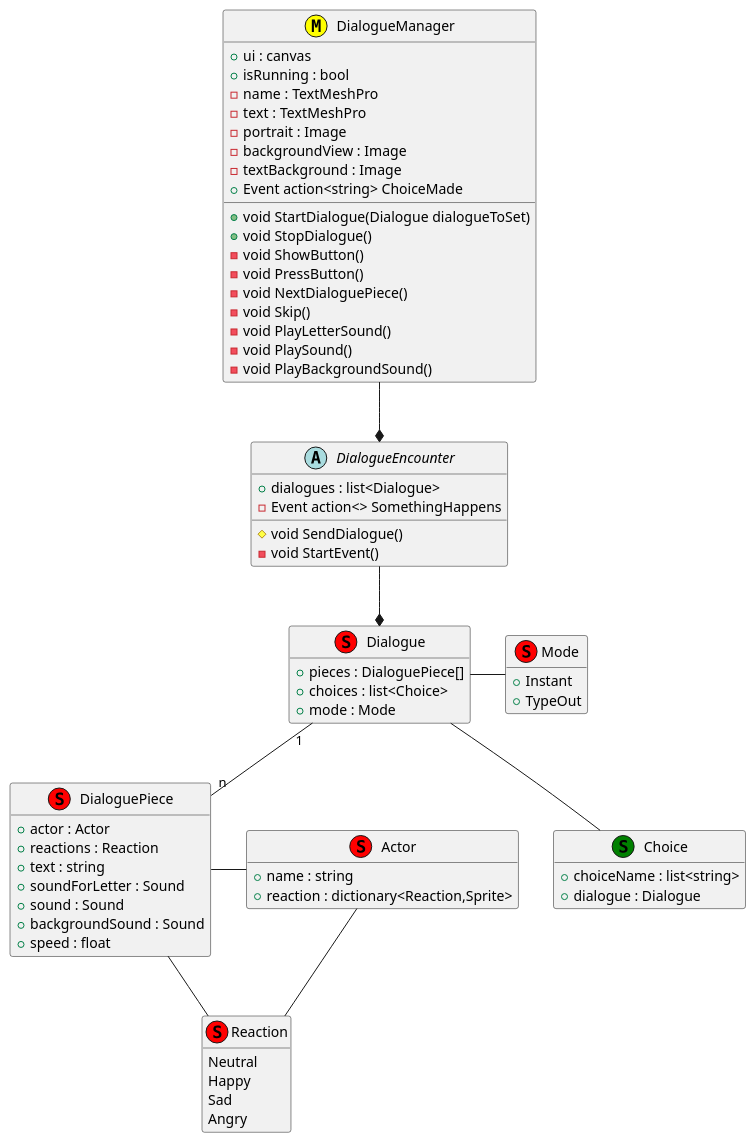
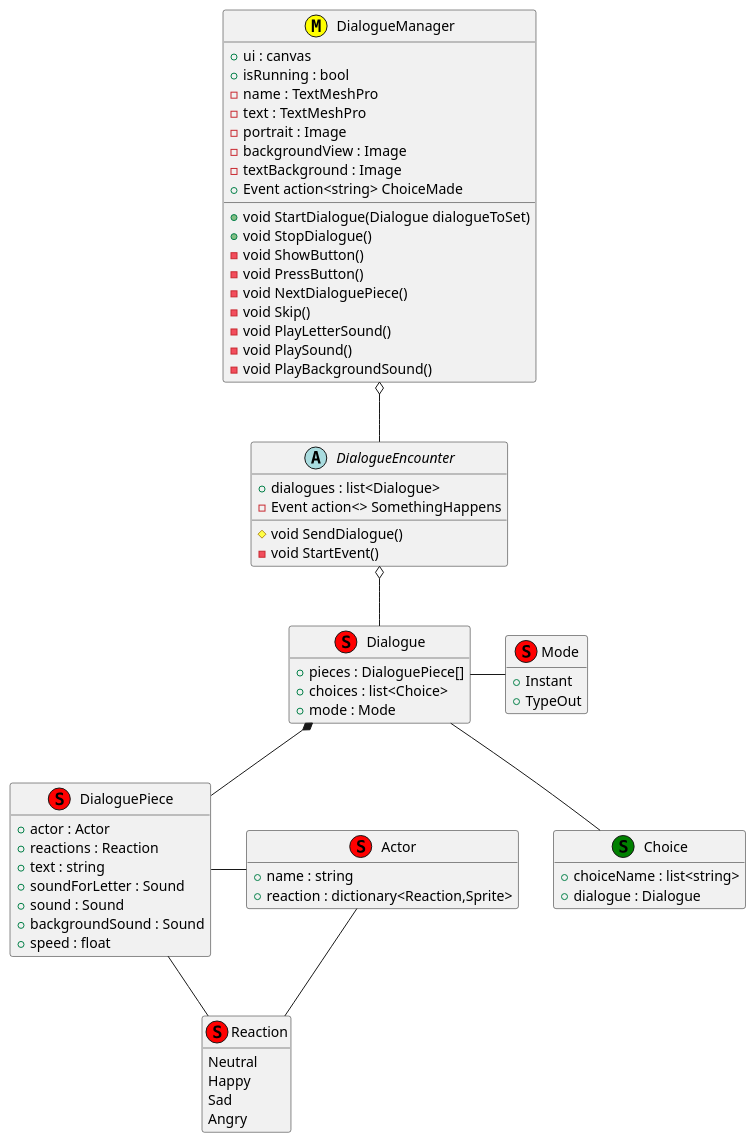
One commit to LucaP998/Dialogue changed the diagram in DialogueSystem/DialogueSystem/Assets/Dialogue.puml. Above: the diagram before and after it, drawn with PlantUML. The commit also changed 10 other files, not shown here.

```diff
--- a/DialogueSystem/DialogueSystem/Assets/Dialogue.puml
+++ b/DialogueSystem/DialogueSystem/Assets/Dialogue.puml
@@ -1,81 +1,81 @@
 @startuml
 'Green is a struct'
 
 hide empty members
 
 class DialogueManager<<M, yellow>>{
     +ui : canvas 
     +isRunning : bool
     -name : TextMeshPro
     -text : TextMeshPro
     -portrait : Image
     -backgroundView : Image
     -textBackground : Image
     +Event action<string> ChoiceMade
     +void StartDialogue(Dialogue dialogueToSet)
     +void StopDialogue()
     -void ShowButton()
     -void PressButton()
     -void NextDialoguePiece()
     -void Skip()
     -void PlayLetterSound()
     -void PlaySound()
     -void PlayBackgroundSound()
 }
 
 Abstract DialogueEncounter{
     +dialogues : list<Dialogue>
     #void SendDialogue()
     -Event action<> SomethingHappens
     -void StartEvent()
 }
 
 class Dialogue<<S, red>>{
     +pieces : DialoguePiece[]
     +choices : list<Choice>
     +mode : Mode
 }
 
 class Actor<<S, red>>{
     +name : string
     +reaction : dictionary<Reaction,Sprite>
 }
 
 class DialoguePiece<<S, red>>{
     +actor : Actor
     +reactions : Reaction
     +text : string
     +soundForLetter : Sound
     +sound : Sound
     +backgroundSound : Sound
     +speed : float
 }
 
 class Mode<<S, red>>{
     +Instant
     +TypeOut
 }
 
 Class Choice<<S, green>>{
     +choiceName : list<string>
     +dialogue : Dialogue
     
 }
 
 Class Reaction<<S, red>>{
     Neutral
     Happy
     Sad    
     Angry
 }
 
-Dialogue "1" -- "n" DialoguePiece
+Dialogue *-- DialoguePiece
 DialoguePiece - Actor
 Dialogue - Mode
-DialogueManager --* DialogueEncounter
-DialogueEncounter --* Dialogue
+DialogueManager o-- DialogueEncounter
+DialogueEncounter o-- Dialogue
 Dialogue -- Choice
 DialoguePiece -- Reaction
 Actor -- Reaction
 
 @enduml
```
